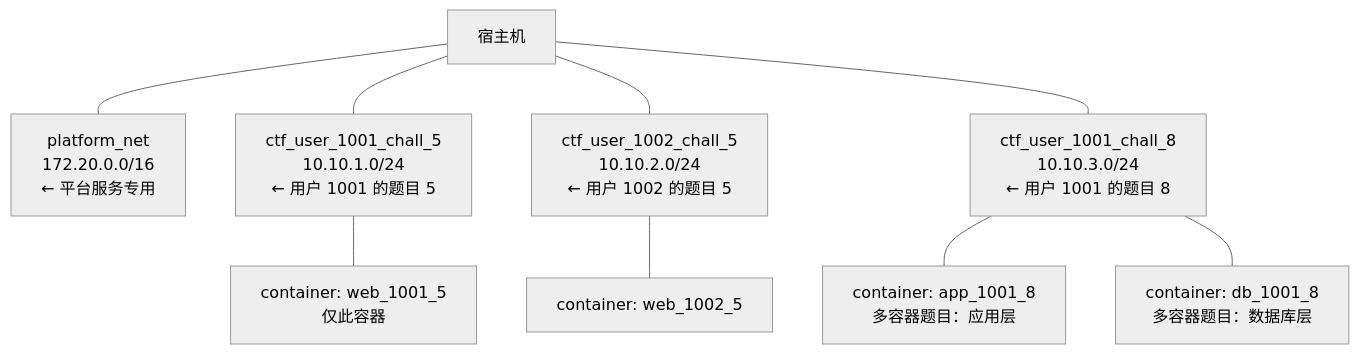
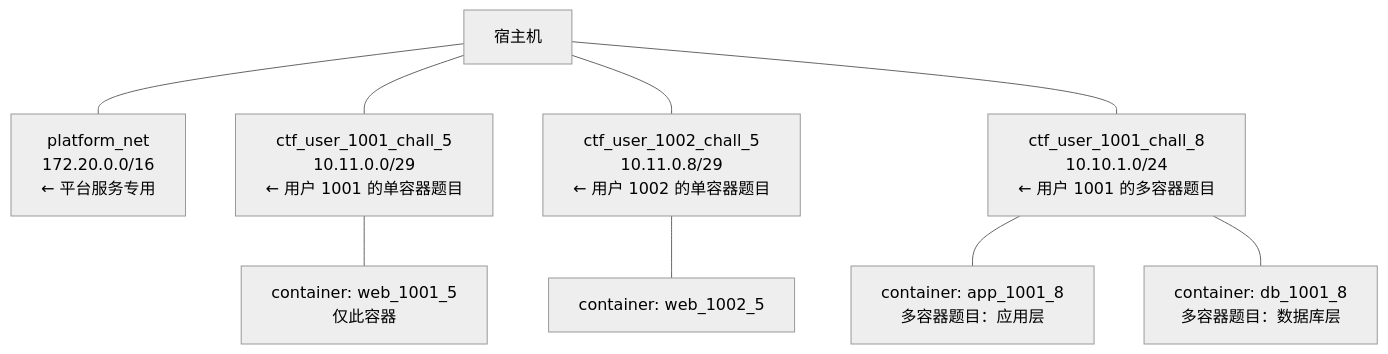
One commit to architectcgz/ctf changed the third of 11 diagrams in docs/architecture/backend/03-container-architecture.md. Above: the diagram before and after it, drawn with Mermaid (neutral theme). The commit also changed other lines of this file and 12 other files, not shown here.

````diff
--- a/docs/architecture/backend/03-container-architecture.md
+++ b/docs/architecture/backend/03-container-architecture.md
@@ -218,14 +220,14 @@
 ```mermaid
 flowchart TD
     HOST["宿主机"]
 
     HOST --- PN["platform_net\n172.20.0.0/16\n← 平台服务专用"]
-    HOST --- N1["ctf_user_1001_chall_5\n10.10.1.0/24\n← 用户 1001 的题目 5"]
-    HOST --- N2["ctf_user_1002_chall_5\n10.10.2.0/24\n← 用户 1002 的题目 5"]
-    HOST --- N3["ctf_user_1001_chall_8\n10.10.3.0/24\n← 用户 1001 的题目 8"]
+    HOST --- N1["ctf_user_1001_chall_5\n10.11.0.0/29\n← 用户 1001 的单容器题目"]
+    HOST --- N2["ctf_user_1002_chall_5\n10.11.0.8/29\n← 用户 1002 的单容器题目"]
+    HOST --- N3["ctf_user_1001_chall_8\n10.10.1.0/24\n← 用户 1001 的多容器题目"]
 
     N1 --- C1["container: web_1001_5\n仅此容器"]
     N2 --- C2["container: web_1002_5"]
     N3 --- C3["container: app_1001_8\n多容器题目：应用层"]
     N3 --- C4["container: db_1001_8\n多容器题目：数据库层"]
 ```
````
